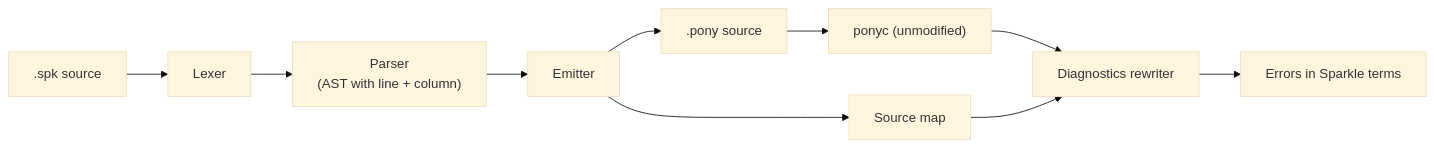
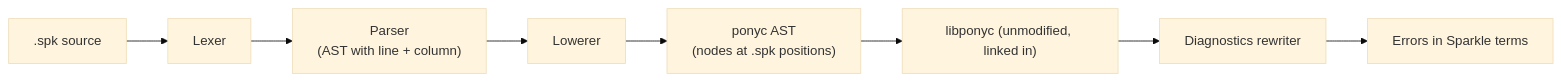
One commit to nogginly/sparkle changed the first of 2 diagrams in docs/step1-spec.md. Above: the diagram before and after it, drawn with Mermaid (base theme). The commit also changed other lines of this file and 7 other files, not shown here.

First line of the commit message:
Describe the translator as one that builds ponyc's AST

````diff
--- a/docs/step1-spec.md
+++ b/docs/step1-spec.md
@@ -5,10 +5,8 @@
 ```mermaid
 flowchart LR
-    A[".spk source"] --> B["Lexer"] --> C["Parser<br/>(AST with line + column)"] --> D["Emitter"]
-    D --> E[".pony source"]
-    D --> F["Source map"]
-    E --> G["ponyc (unmodified)"]
+    A[".spk source"] --> B["Lexer"] --> C["Parser<br/>(AST with line + column)"] --> D["Lowerer"]
+    D --> E["ponyc AST<br/>(nodes at .spk positions)"]
+    E --> G["libponyc (unmodified, linked in)"]
     G --> H["Diagnostics rewriter"]
-    F --> H
     H --> I["Errors in Sparkle terms"]
 ```
````
